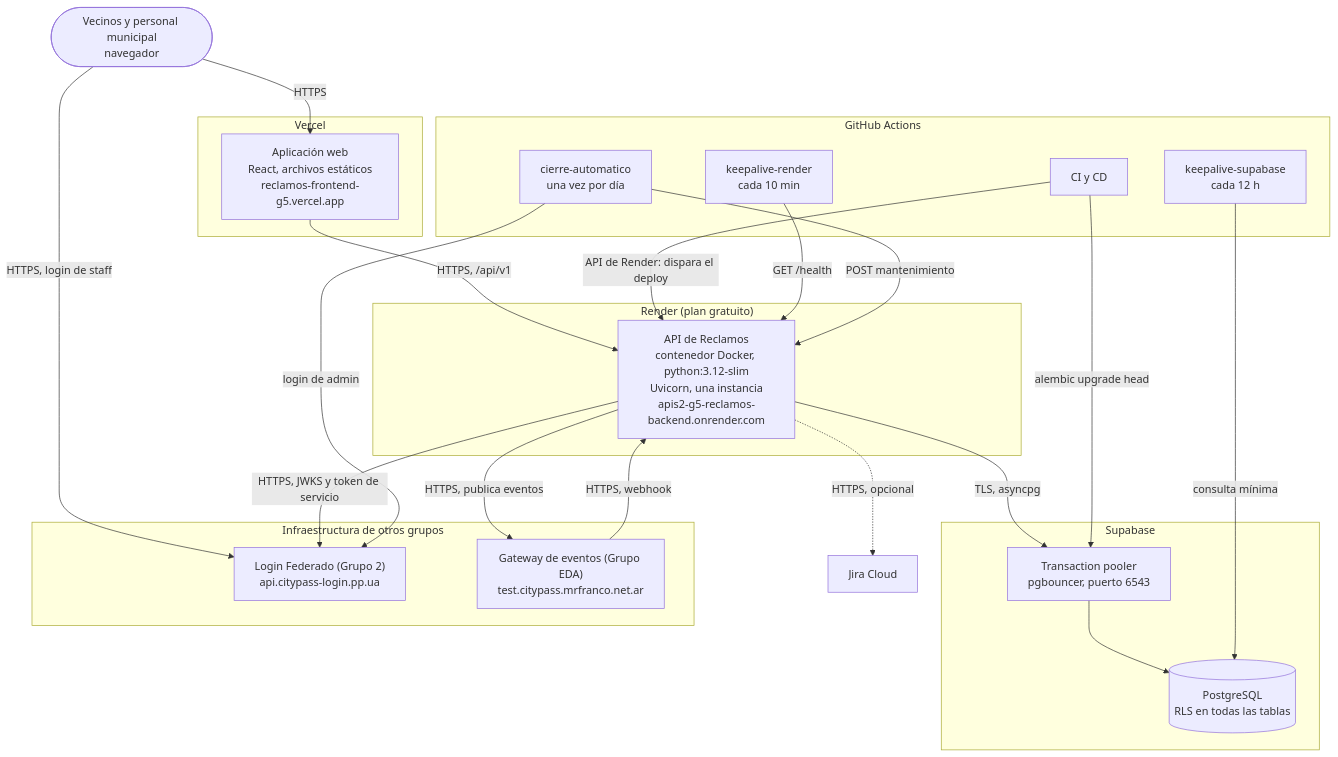
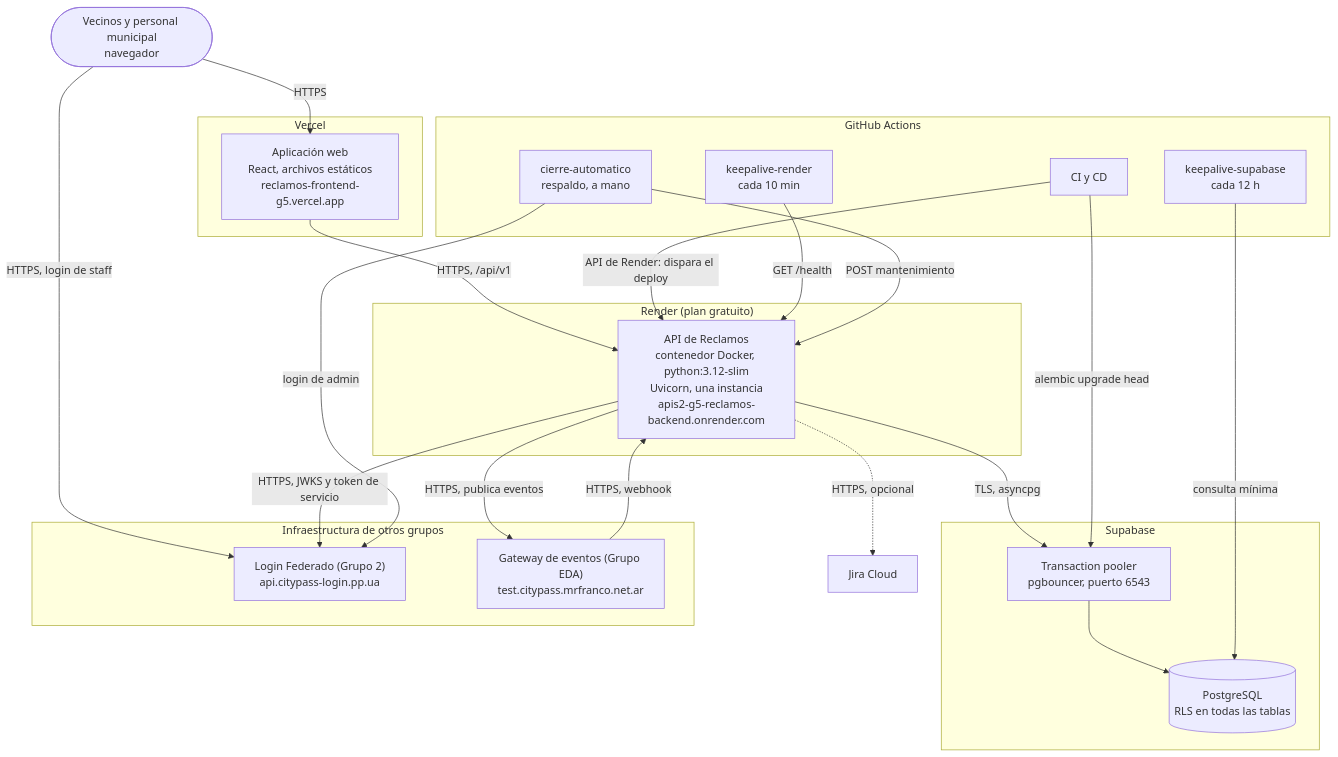
Before and after one commit to agustin-perez-data/APIS2-G5-RECLAMOS-BACKEND: the diagram in docs/arquitectura/vista-fisica.md, drawn with Mermaid. The commit also changed other lines of this file and 14 other files, not shown here.

First line of the commit message:
G5D-7: corre el cierre automatico dentro de la API

````diff
--- a/docs/arquitectura/vista-fisica.md
+++ b/docs/arquitectura/vista-fisica.md
@@ -9,48 +9,48 @@
 ```mermaid
 flowchart TB
     usuarios(["Vecinos y personal municipal<br/>navegador"])
 
     subgraph vercel["Vercel"]
         spa["Aplicación web<br/>React, archivos estáticos<br/>reclamos-frontend-g5.vercel.app"]
     end
 
     subgraph render["Render (plan gratuito)"]
         api["API de Reclamos<br/>contenedor Docker, python:3.12-slim<br/>Uvicorn, una instancia<br/>apis2-g5-reclamos-backend.onrender.com"]
     end
 
     subgraph supabase["Supabase"]
         pooler["Transaction pooler<br/>pgbouncer, puerto 6543"]
         pg[("PostgreSQL<br/>RLS en todas las tablas")]
         pooler --> pg
     end
 
     subgraph github["GitHub Actions"]
         cicd["CI y CD"]
         keepR["keepalive-render<br/>cada 10 min"]
         keepS["keepalive-supabase<br/>cada 12 h"]
-        cierre["cierre-automatico<br/>una vez por día"]
+        cierre["cierre-automatico<br/>respaldo, a mano"]
     end
 
     subgraph externos["Infraestructura de otros grupos"]
         idp["Login Federado (Grupo 2)<br/>api.citypass-login.pp.ua"]
         gateway["Gateway de eventos (Grupo EDA)<br/>test.citypass.mrfranco.net.ar"]
     end
 
     jira["Jira Cloud"]
 
     usuarios -->|"HTTPS"| spa
     usuarios -->|"HTTPS, login de staff"| idp
     spa -->|"HTTPS, /api/v1"| api
     api -->|"TLS, asyncpg"| pooler
     api -->|"HTTPS, JWKS y token de servicio"| idp
     api -->|"HTTPS, publica eventos"| gateway
     gateway -->|"HTTPS, webhook"| api
     api -.->|"HTTPS, opcional"| jira
 
     cicd -->|"alembic upgrade head"| pooler
     cicd -->|"API de Render: dispara el deploy"| api
     keepR -->|"GET /health"| api
     keepS -->|"consulta mínima"| pg
     cierre -->|"login de admin"| idp
     cierre -->|"POST mantenimiento"| api
 ```
````
